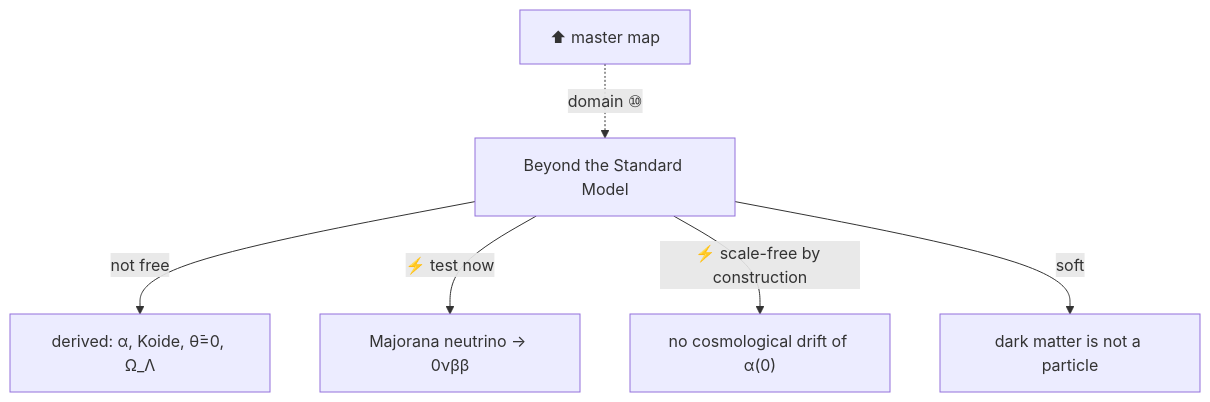
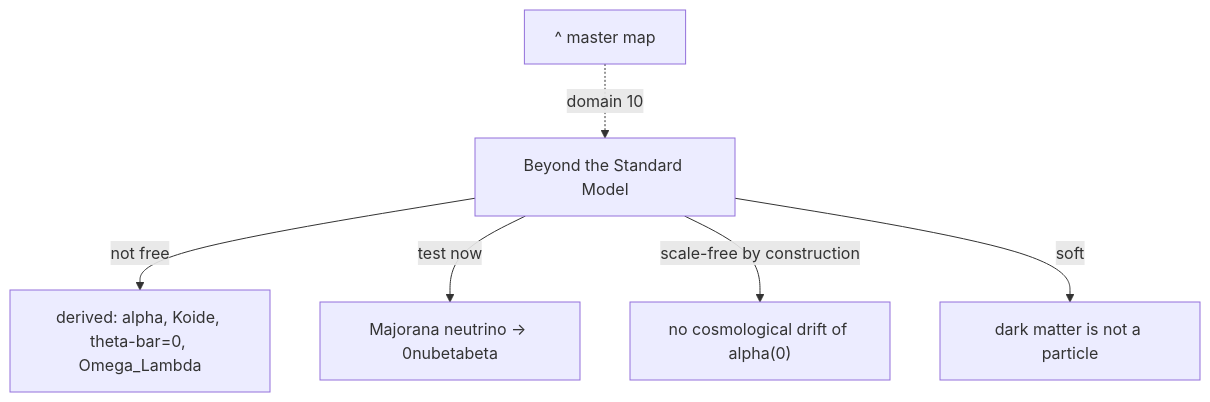
Diagram 11 of 11 in FlowChart.md (jimscarver/quantum-logical-framework), drawn with Mermaid before and after one commit. The commit also changed other lines of this file, not shown here.

First line of the commit message:
FlowChart.md: flatten <br/> and all unicode to ASCII in Mermaid blocks (render robustness)

````diff
--- a/FlowChart.md
+++ b/FlowChart.md
@@ -212,8 +212,8 @@
 ```mermaid
 flowchart TD
-  H10["⬆ master map"] -.->|"domain ⑩"| B["Beyond the Standard Model"]
-  B -->|"not free"| D1["derived: α, Koide, θ̄=0, Ω_Λ"]
-  B -->|"⚡ test now"| P1["Majorana neutrino → 0νββ"]
-  B -->|"⚡ scale-free by construction"| P2["no cosmological drift of α(0)"]
+  H10["^ master map"] -.->|"domain 10"| B["Beyond the Standard Model"]
+  B -->|"not free"| D1["derived: alpha, Koide, theta-bar=0, Omega_Lambda"]
+  B -->|" test now"| P1["Majorana neutrino -> 0nubetabeta"]
+  B -->|" scale-free by construction"| P2["no cosmological drift of alpha(0)"]
   B -->|"soft"| P3["dark matter is not a particle"]
 ```
````
